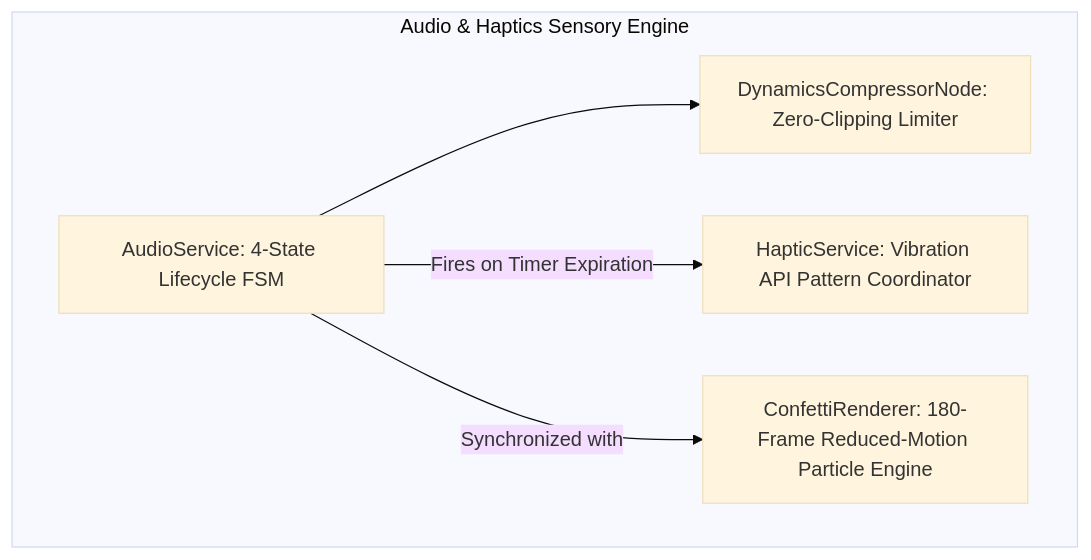
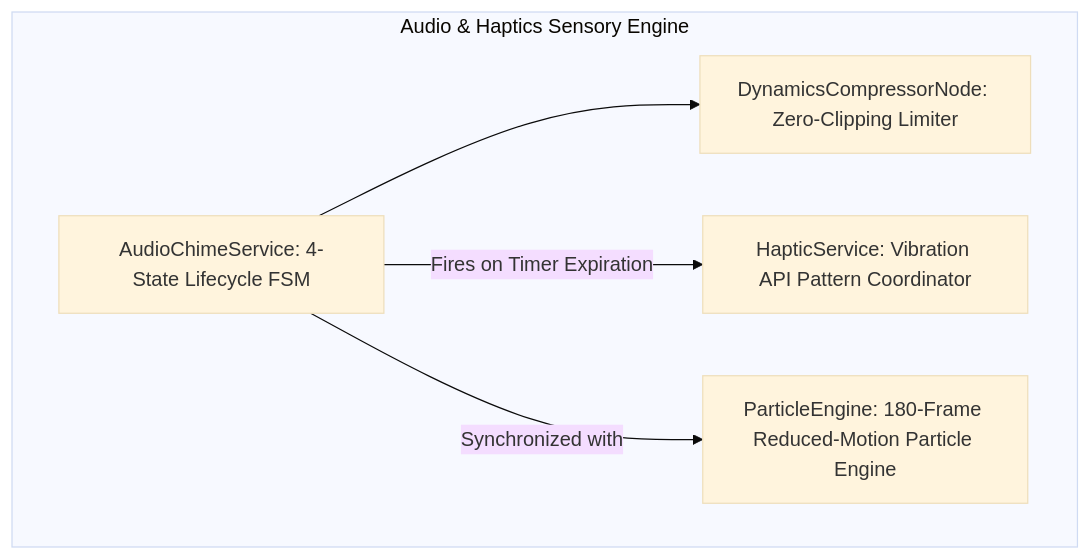
The seventh of 9 diagrams in docs/02-hld.md (piyushmakhija28/countdown-lockscreen-challenge), drawn with Mermaid (base theme) before and after one commit. The commit also changed other lines of this file and 43 other files, not shown here.

Commit message:
docs(grand-prize): eliminate all 11 foundational architecture discrepancies, sync UML parity, and generate 13 Draw.io diagrams (v1.8.0) (#1)

````diff
--- a/docs/02-hld.md
+++ b/docs/02-hld.md
@@ -207,13 +207,13 @@
 ```mermaid
 graph TD
     subgraph SensoryFeedback [Audio & Haptics Sensory Engine]
-        AudioCtx[AudioService: 4-State Lifecycle FSM]
+        AudioCtx[AudioChimeService: 4-State Lifecycle FSM]
         PeakLimiter[DynamicsCompressorNode: Zero-Clipping Limiter]
         Haptic[HapticService: Vibration API Pattern Coordinator]
-        Confetti[ConfettiRenderer: 180-Frame Reduced-Motion Particle Engine]
+        Confetti[ParticleEngine: 180-Frame Reduced-Motion Particle Engine]
     end
 
     AudioCtx --> PeakLimiter
     AudioCtx -->|Fires on Timer Expiration| Haptic
     AudioCtx -->|Synchronized with| Confetti
 ```
````
